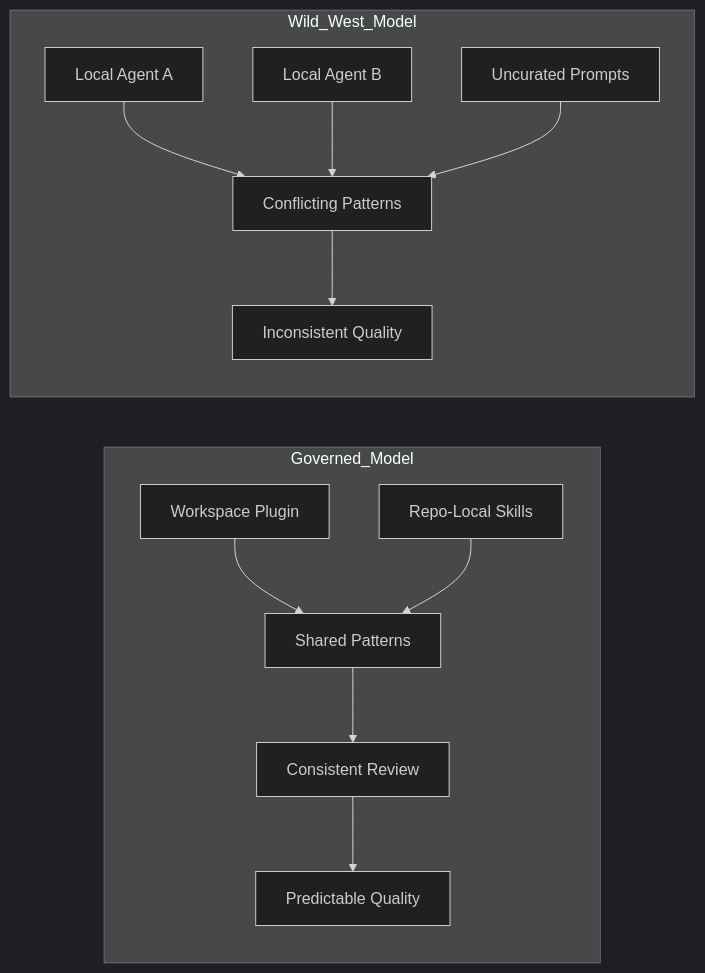
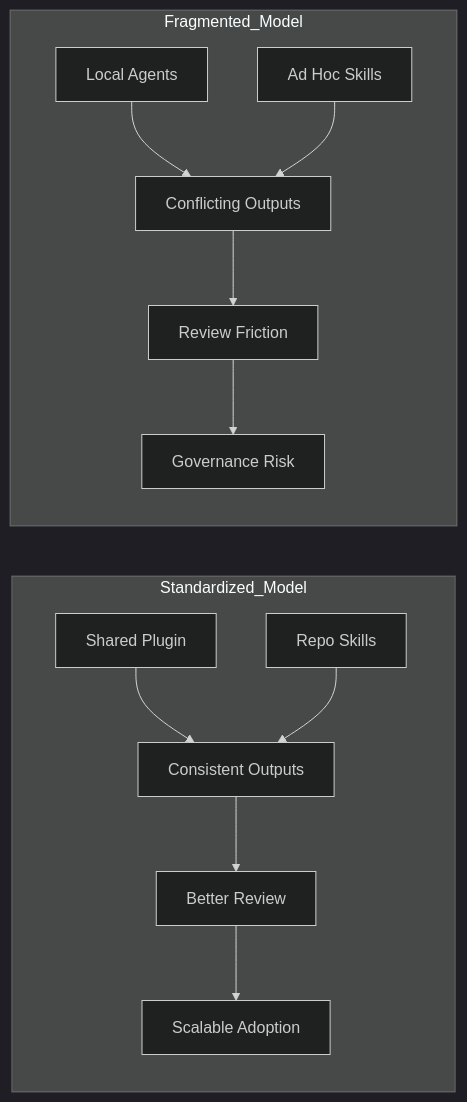
One commit to refat-asadullah-creolytix-dev/refat-asadullah-creolytix-dev changed diagram 11 of 18 in creolytix-ai-delivery-model.md. Above: the diagram before and after it, drawn with Mermaid (dark theme). The commit also changed other lines of this file, not shown here.

````diff
--- a/creolytix-ai-delivery-model.md
+++ b/creolytix-ai-delivery-model.md
@@ -530,26 +350,26 @@
 ```mermaid
 flowchart LR
-    subgraph Governed_Model
-        A1[Workspace Plugin]
-        A2[Repo-Local Skills]
-        A3[Shared Patterns]
-        A4[Consistent Review]
-        A5[Predictable Quality]
+    subgraph Standardized_Model
+        A1[Shared Plugin]
+        A2[Repo Skills]
+        A3[Consistent Outputs]
+        A4[Better Review]
+        A5[Scalable Adoption]
         A1 --> A3
         A2 --> A3
         A3 --> A4
         A4 --> A5
     end
 
-    subgraph Wild_West_Model
-        B1[Local Agent A]
-        B2[Local Agent B]
-        B3[Uncurated Prompts]
-        B4[Conflicting Patterns]
-        B5[Inconsistent Quality]
-        B1 --> B4
-        B2 --> B4
+    subgraph Fragmented_Model
+        B1[Local Agents]
+        B2[Ad Hoc Skills]
+        B3[Conflicting Outputs]
+        B4[Review Friction]
+        B5[Governance Risk]
+        B1 --> B3
+        B2 --> B3
         B3 --> B4
         B4 --> B5
     end
 ```
````
